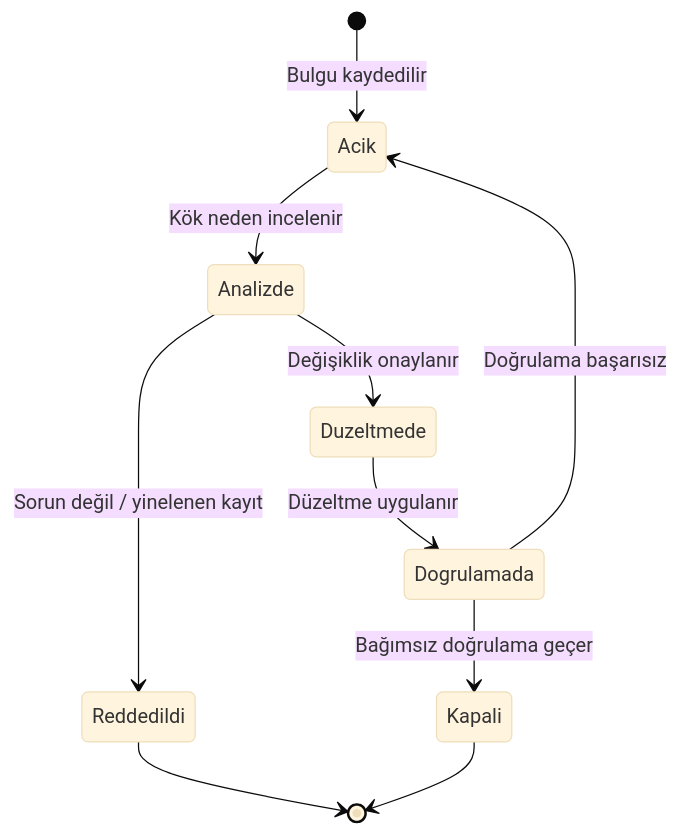
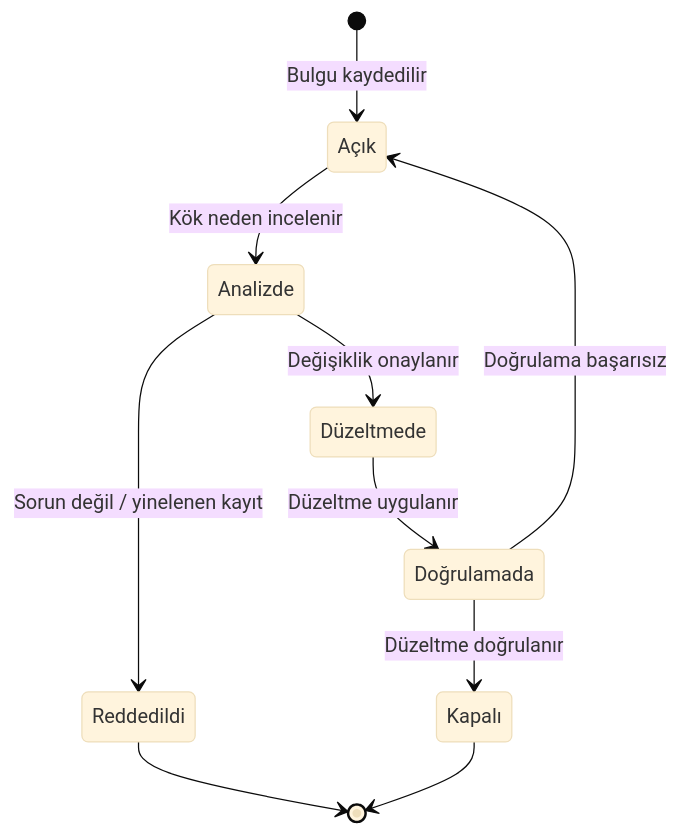
The second of 2 diagrams in kitap/03-do178c-ile-gelistirme/09-yazilim-dogrulama.md (Mavrikant/aviyonikyazilim), drawn with Mermaid (base theme) before and after one commit. The commit also changed other lines of this file and 35 other files, not shown here.

````diff
--- a/kitap/03-do178c-ile-gelistirme/09-yazilim-dogrulama.md
+++ b/kitap/03-do178c-ile-gelistirme/09-yazilim-dogrulama.md
@@ -402,12 +577,16 @@
 ```mermaid
 stateDiagram-v2
+    state "Açık" as Acik
+    state "Düzeltmede" as Duzeltmede
+    state "Doğrulamada" as Dogrulamada
+    state "Kapalı" as Kapali
     [*] --> Acik : Bulgu kaydedilir
     Acik --> Analizde : Kök neden incelenir
     Analizde --> Duzeltmede : Değişiklik onaylanır
     Analizde --> Reddedildi : Sorun değil / yinelenen kayıt
     Duzeltmede --> Dogrulamada : Düzeltme uygulanır
-    Dogrulamada --> Kapali : Bağımsız doğrulama geçer
+    Dogrulamada --> Kapali : Düzeltme doğrulanır
     Dogrulamada --> Acik : Doğrulama başarısız
     Reddedildi --> [*]
     Kapali --> [*]
 ```
````
